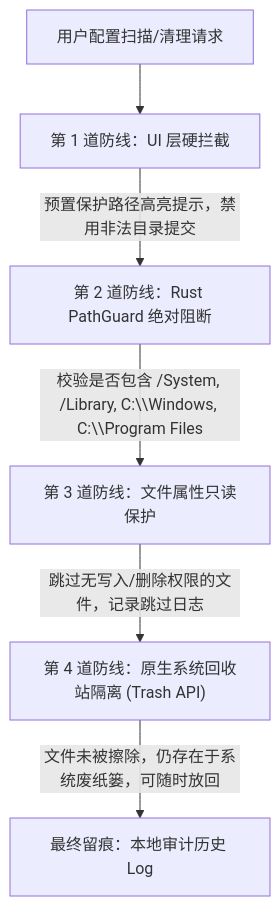
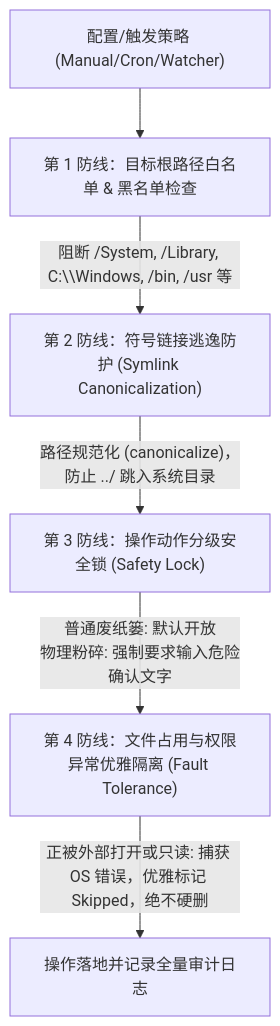
The fourth of 4 diagrams in DevDoc/file-purger/ARCHITECTURE.md (AubreyHan/PersonalDev), drawn with Mermaid before and after one commit. The commit also changed other lines of this file and 169 other files, not shown here.

````diff
--- a/DevDoc/file-purger/ARCHITECTURE.md
+++ b/DevDoc/file-purger/ARCHITECTURE.md
@@ -205,8 +253,8 @@
 ```mermaid
 flowchart TD
-    Req["用户配置扫描/清理请求"] --> Layer1["第 1 道防线：UI 层硬拦截"]
-    Layer1 -->|"预置保护路径高亮提示，禁用非法目录提交"| Layer2["第 2 道防线：Rust PathGuard 绝对阻断"]
-    Layer2 -->|"校验是否包含 /System, /Library, C:\\Windows, C:\\Program Files"| Layer3["第 3 道防线：文件属性只读保护"]
-    Layer3 -->|"跳过无写入/删除权限的文件，记录跳过日志"| Layer4["第 4 道防线：原生系统回收站隔离 (Trash API)"]
-    Layer4 -->|"文件未被擦除，仍存在于系统废纸篓，可随时放回"| Audit["最终留痕：本地审计历史 Log"]
+    Config["配置/触发策略 (Manual/Cron/Watcher)"] --> Level1["第 1 防线：目标根路径白名单 & 黑名单检查"]
+    Level1 -->|"阻断 /System, /Library, C:\\Windows, /bin, /usr 等"| Level2["第 2 防线：符号链接逃逸防护 (Symlink Canonicalization)"]
+    Level2 -->|"路径规范化 (canonicalize)，防止 ../ 跳入系统目录"| Level3["第 3 防线：操作动作分级安全锁 (Safety Lock)"]
+    Level3 -->|"普通废纸篓: 默认开放\n物理粉碎: 强制要求输入危险确认文字"| Level4["第 4 防线：文件占用与权限异常优雅隔离 (Fault Tolerance)"]
+    Level4 -->|"正被外部打开或只读: 捕获 OS 错误，优雅标记 Skipped，绝不硬删"| AuditDone["操作落地并记录全量审计日志"]
 ```
````
